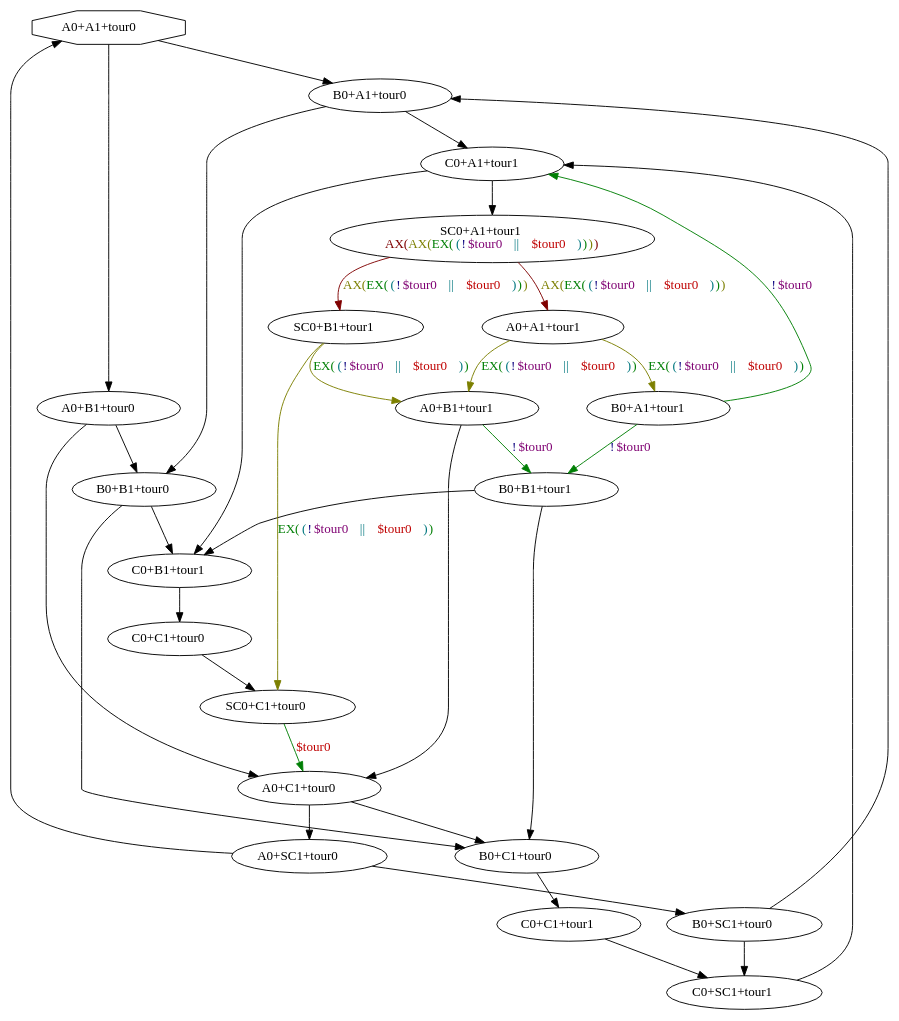
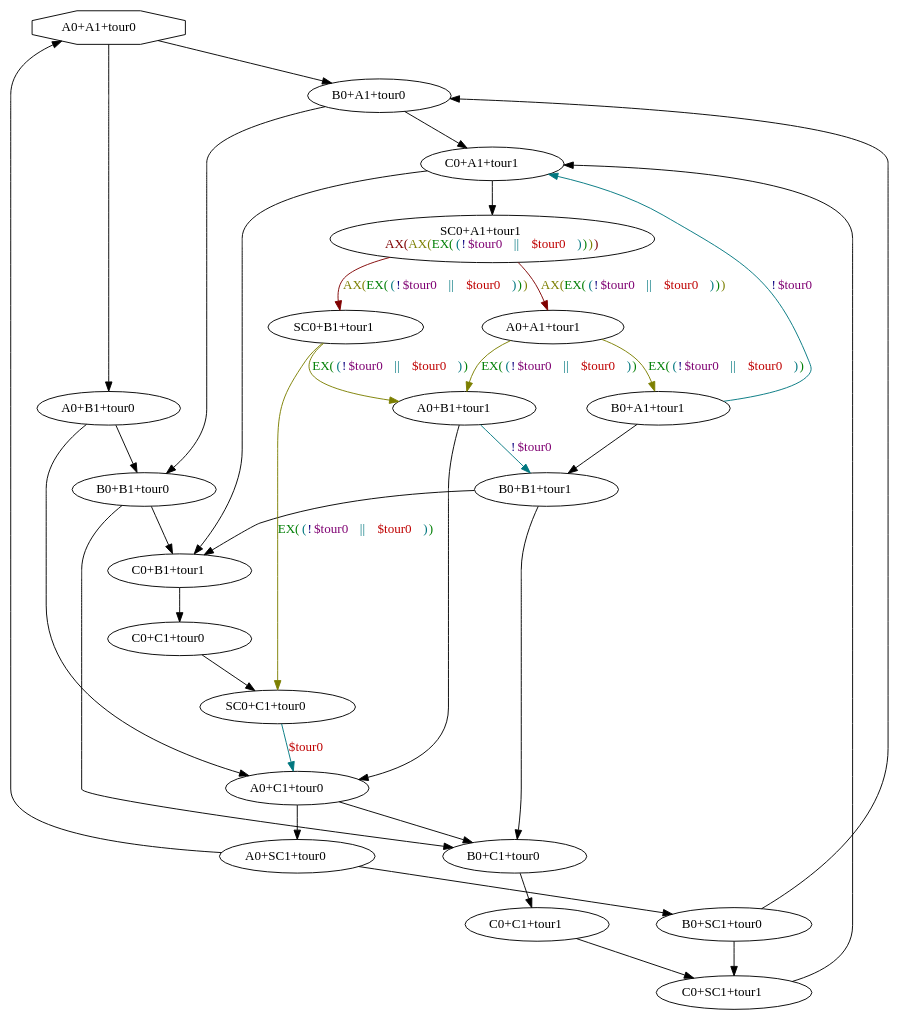
One commit to howiepowie/m1projctl2012g6 changed the diagram in test justifie 4.dot. Above: the diagram before and after it, drawn with Graphviz. The commit also changed 75 other files, not shown here.

```diff
--- a/test justifie 4.dot
+++ b/test justifie 4.dot
@@ -1,56 +1,56 @@
 digraph system {
 N0 [label=<A0+A1+tour0>,shape=octagon]
 N1 [label=<B0+A1+tour0>]
 N2 [label=<C0+A1+tour1>]
 N3 [label=<SC0+A1+tour1<BR/><FONT COLOR="0.0 1 0.5">AX(<FONT COLOR="0.17 1 0.5">AX(<FONT COLOR="0.34 1 0.5">EX(<FONT COLOR="0.51 1 0.5">(<FONT COLOR="0.68 1 0.5">!<FONT COLOR="0.85 1 0.5">$tour0</FONT></FONT> || <FONT COLOR="1.02 1 0.75">$tour0</FONT>)</FONT>)</FONT>)</FONT>)</FONT>>]
 N4 [label=<A0+A1+tour1>]
 N5 [label=<B0+A1+tour1>]
 N6 [label=<B0+B1+tour1>]
 N7 [label=<C0+B1+tour1>]
 N8 [label=<C0+C1+tour0>]
 N9 [label=<SC0+C1+tour0>]
 N10 [label=<A0+C1+tour0>]
 N11 [label=<B0+C1+tour0>]
 N12 [label=<C0+C1+tour1>]
 N13 [label=<C0+SC1+tour1>]
 N14 [label=<A0+SC1+tour0>]
 N15 [label=<B0+SC1+tour0>]
 N16 [label=<A0+B1+tour1>]
 N17 [label=<SC0+B1+tour1>]
 N18 [label=<B0+B1+tour0>]
 N19 [label=<A0+B1+tour0>]
 N0 -> N1
 N0 -> N19
 N1 -> N2
 N1 -> N18
 N2 -> N3
 N2 -> N7
+N5 -> N6
 N6 -> N7
 N6 -> N11
 N7 -> N8
 N8 -> N9
 N10 -> N11
 N10 -> N14
 N11 -> N12
 N12 -> N13
 N13 -> N2
 N14 -> N15
 N14 -> N0
 N15 -> N13
 N15 -> N1
 N16 -> N10
 N18 -> N7
 N18 -> N11
 N19 -> N18
 N19 -> N10
-N16 -> N6 [color="0.34 1 0.5",label=<<FONT COLOR="0.68 1 0.5">!<FONT COLOR="0.85 1 0.5">$tour0</FONT></FONT>>]
+N9 -> N10 [color="0.51 1 0.5",label=<<FONT COLOR="1.02 1 0.75">$tour0</FONT>>]
+N16 -> N6 [color="0.51 1 0.5",label=<<FONT COLOR="0.68 1 0.5">!<FONT COLOR="0.85 1 0.5">$tour0</FONT></FONT>>]
 N4 -> N5 [color="0.17 1 0.5",label=<<FONT COLOR="0.34 1 0.5">EX(<FONT COLOR="0.51 1 0.5">(<FONT COLOR="0.68 1 0.5">!<FONT COLOR="0.85 1 0.5">$tour0</FONT></FONT> || <FONT COLOR="1.02 1 0.75">$tour0</FONT>)</FONT>)</FONT>>]
 N17 -> N16 [color="0.17 1 0.5",label=<<FONT COLOR="0.34 1 0.5">EX(<FONT COLOR="0.51 1 0.5">(<FONT COLOR="0.68 1 0.5">!<FONT COLOR="0.85 1 0.5">$tour0</FONT></FONT> || <FONT COLOR="1.02 1 0.75">$tour0</FONT>)</FONT>)</FONT>>]
 N17 -> N9 [color="0.17 1 0.5",label=<<FONT COLOR="0.34 1 0.5">EX(<FONT COLOR="0.51 1 0.5">(<FONT COLOR="0.68 1 0.5">!<FONT COLOR="0.85 1 0.5">$tour0</FONT></FONT> || <FONT COLOR="1.02 1 0.75">$tour0</FONT>)</FONT>)</FONT>>]
-N9 -> N10 [color="0.34 1 0.5",label=<<FONT COLOR="1.02 1 0.75">$tour0</FONT>>]
-N5 -> N2 [color="0.34 1 0.5",label=<<FONT COLOR="0.68 1 0.5">!<FONT COLOR="0.85 1 0.5">$tour0</FONT></FONT>>]
-N5 -> N6 [color="0.34 1 0.5",label=<<FONT COLOR="0.68 1 0.5">!<FONT COLOR="0.85 1 0.5">$tour0</FONT></FONT>>]
 N3 -> N17 [color="0.0 1 0.5",label=<<FONT COLOR="0.17 1 0.5">AX(<FONT COLOR="0.34 1 0.5">EX(<FONT COLOR="0.51 1 0.5">(<FONT COLOR="0.68 1 0.5">!<FONT COLOR="0.85 1 0.5">$tour0</FONT></FONT> || <FONT COLOR="1.02 1 0.75">$tour0</FONT>)</FONT>)</FONT>)</FONT>>]
 N4 -> N16 [color="0.17 1 0.5",label=<<FONT COLOR="0.34 1 0.5">EX(<FONT COLOR="0.51 1 0.5">(<FONT COLOR="0.68 1 0.5">!<FONT COLOR="0.85 1 0.5">$tour0</FONT></FONT> || <FONT COLOR="1.02 1 0.75">$tour0</FONT>)</FONT>)</FONT>>]
 N3 -> N4 [color="0.0 1 0.5",label=<<FONT COLOR="0.17 1 0.5">AX(<FONT COLOR="0.34 1 0.5">EX(<FONT COLOR="0.51 1 0.5">(<FONT COLOR="0.68 1 0.5">!<FONT COLOR="0.85 1 0.5">$tour0</FONT></FONT> || <FONT COLOR="1.02 1 0.75">$tour0</FONT>)</FONT>)</FONT>)</FONT>>]
+N5 -> N2 [color="0.51 1 0.5",label=<<FONT COLOR="0.68 1 0.5">!<FONT COLOR="0.85 1 0.5">$tour0</FONT></FONT>>]
 }
```
